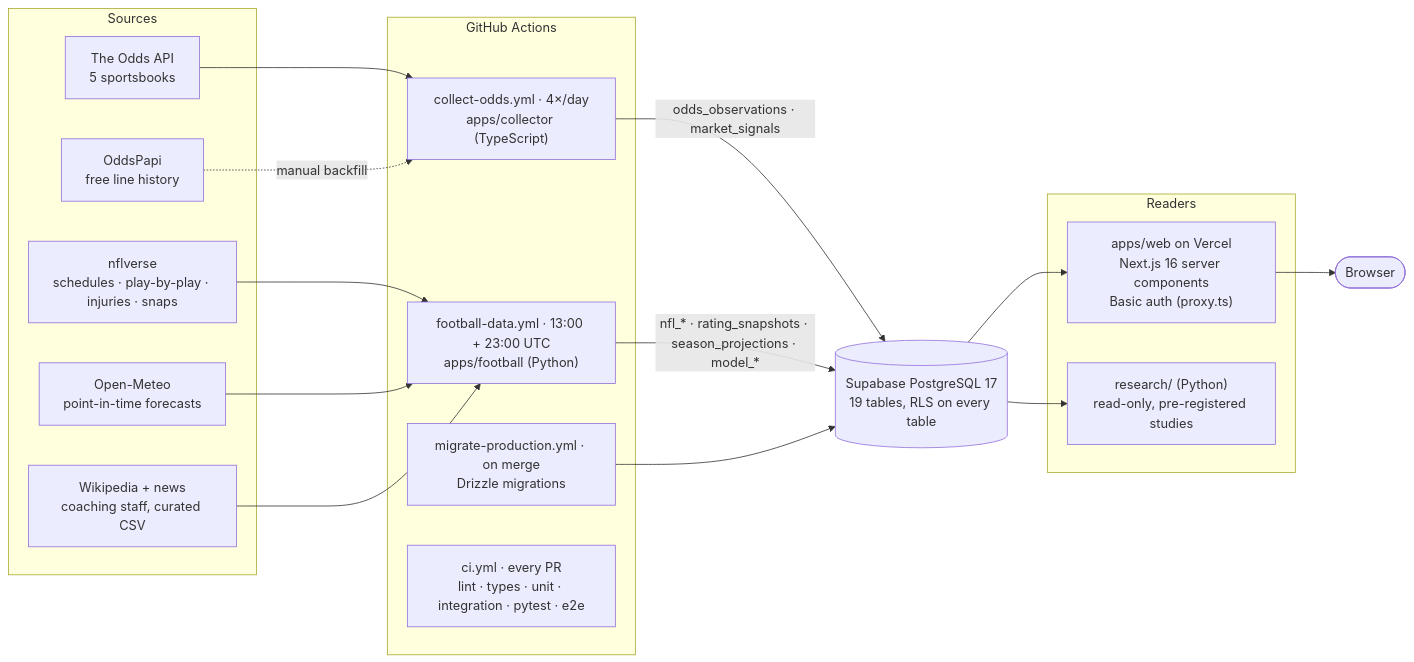
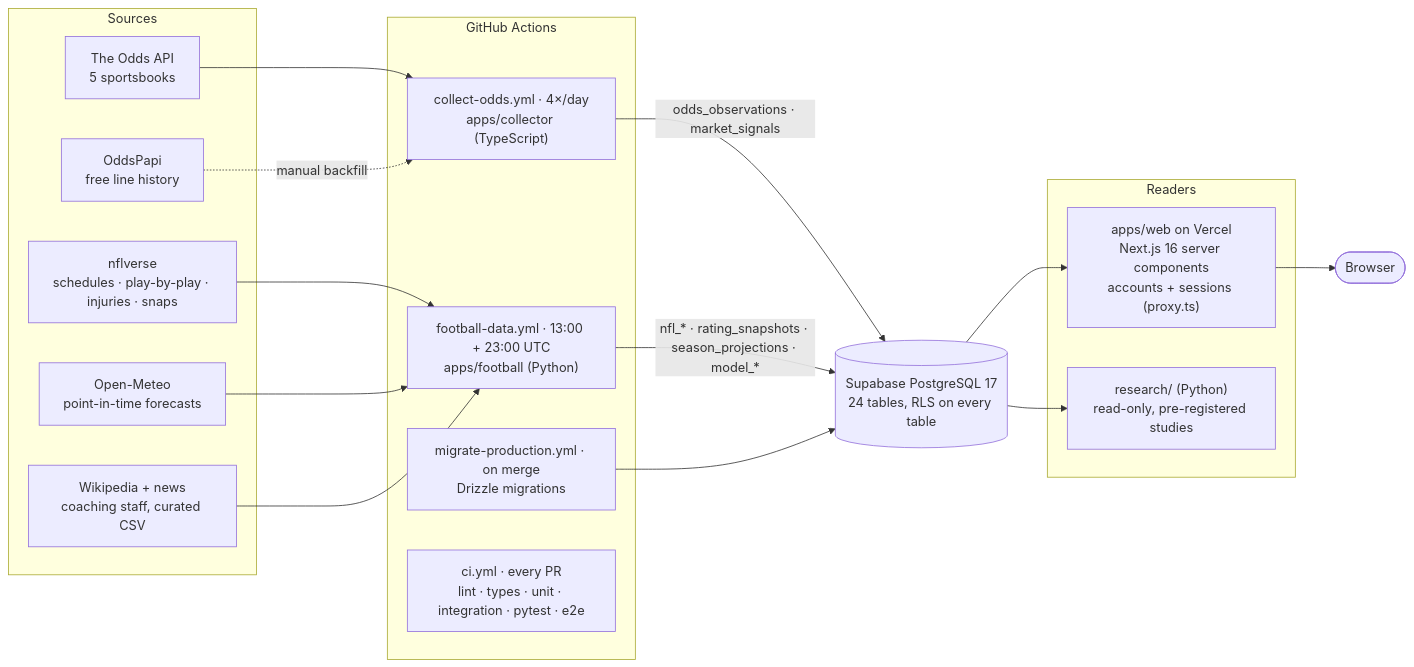
One commit to jackpendley/MarketScope changed the diagram in docs/ARCHITECTURE.md. Above: the diagram before and after it, drawn with Mermaid. The commit also changed other lines of this file and 50 other files, not shown here.

First line of the commit message:
MS-038: invite-only accounts with Better Auth (ADR-049) (#49)

````diff
--- a/docs/ARCHITECTURE.md
+++ b/docs/ARCHITECTURE.md
@@ -14,36 +14,36 @@
 ```mermaid
 flowchart LR
   subgraph Sources
     OA[The Odds API<br/>5 sportsbooks]
     OP[OddsPapi<br/>free line history]
     NV[nflverse<br/>schedules · play-by-play · injuries · snaps]
     OM[Open-Meteo<br/>point-in-time forecasts]
     WP[Wikipedia + news<br/>coaching staff, curated CSV]
   end
 
   subgraph Jobs["GitHub Actions"]
     C["collect-odds.yml · 4×/day<br/>apps/collector (TypeScript)"]
     F["football-data.yml · 13:00 + 23:00 UTC<br/>apps/football (Python)"]
     M["migrate-production.yml · on merge<br/>Drizzle migrations"]
     CI["ci.yml · every PR<br/>lint · types · unit · integration · pytest · e2e"]
   end
 
-  DB[("Supabase PostgreSQL 17<br/>19 tables, RLS on every table")]
+  DB[("Supabase PostgreSQL 17<br/>24 tables, RLS on every table")]
 
   subgraph Readers
-    W["apps/web on Vercel<br/>Next.js 16 server components<br/>Basic auth (proxy.ts)"]
+    W["apps/web on Vercel<br/>Next.js 16 server components<br/>accounts + sessions (proxy.ts)"]
     R["research/ (Python)<br/>read-only, pre-registered studies"]
   end
 
   OA --> C
   OP -. manual backfill .-> C
   NV --> F
   OM --> F
   WP --> F
   C -->|odds_observations · market_signals| DB
   F -->|nfl_* · rating_snapshots · season_projections · model_*| DB
   M --> DB
   DB --> W
   DB --> R
   W --> B([Browser])
 ```
````
